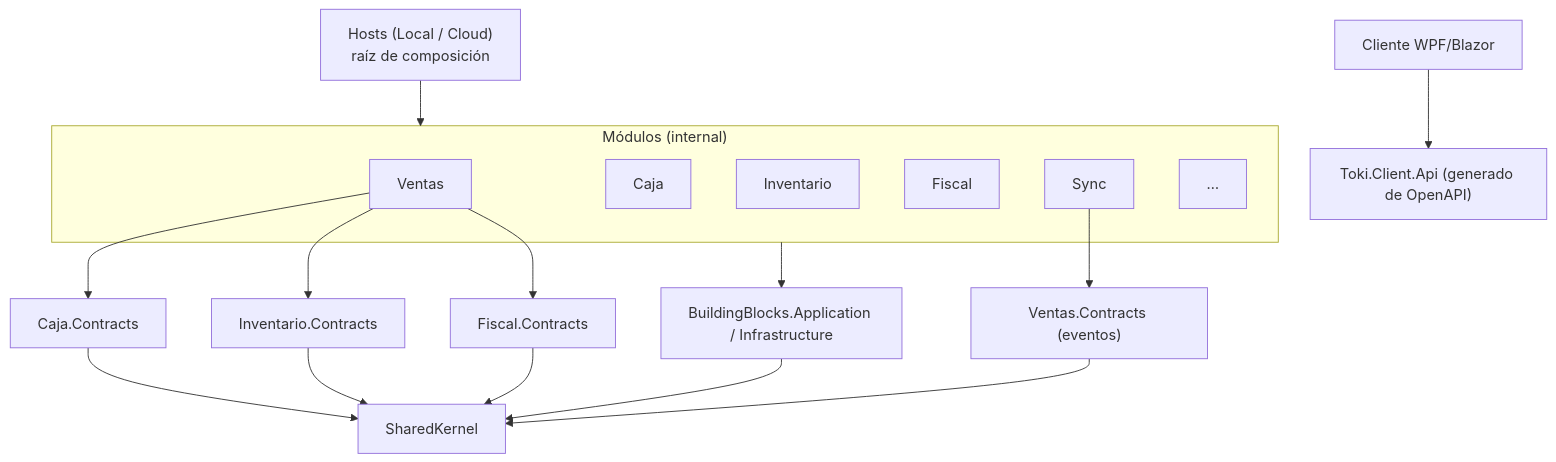
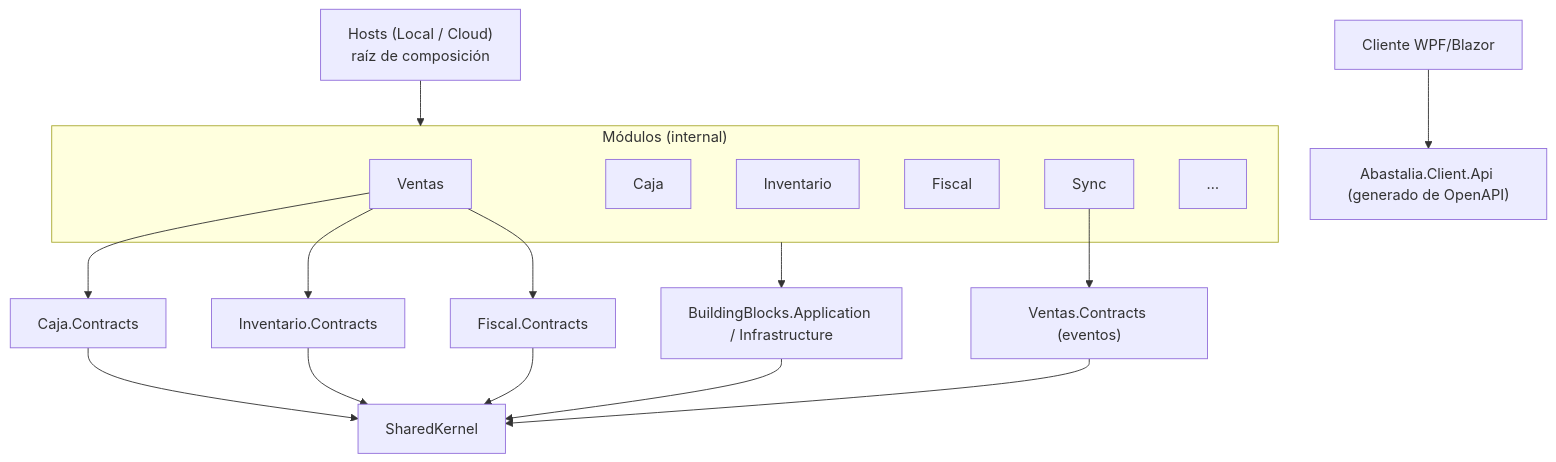
The first of 2 diagrams in docs/arquitectura-v1-vsa.md (EnmanuelParedesR/pos), drawn with Mermaid before and after one commit. The commit also changed other lines of this file and 1421 other files, not shown here.

First line of the commit message:
TK-267: rebrand Toki -> Abastalia, assistant -> Talia (#237)

````diff
--- a/docs/arquitectura-v1-vsa.md
+++ b/docs/arquitectura-v1-vsa.md
@@ -302,13 +302,13 @@
 ```mermaid
 flowchart TB
   Host["Hosts (Local / Cloud)<br/>raíz de composición"] --> M
   subgraph M["Módulos (internal)"]
     V[Ventas] & C[Caja] & I[Inventario] & F[Fiscal] & S[Sync] & X["…"]
   end
   V --> CC["Caja.Contracts"] & IC["Inventario.Contracts"] & FC["Fiscal.Contracts"]
   S --> VC["Ventas.Contracts (eventos)"]
   M --> BB["BuildingBlocks.Application / Infrastructure"]
   CC & IC & FC & VC --> SK[SharedKernel]
   BB --> SK
-  Client["Cliente WPF/Blazor"] --> API["Toki.Client.Api (generado de OpenAPI)"]
+  Client["Cliente WPF/Blazor"] --> API["Abastalia.Client.Api (generado de OpenAPI)"]
 ```
````
